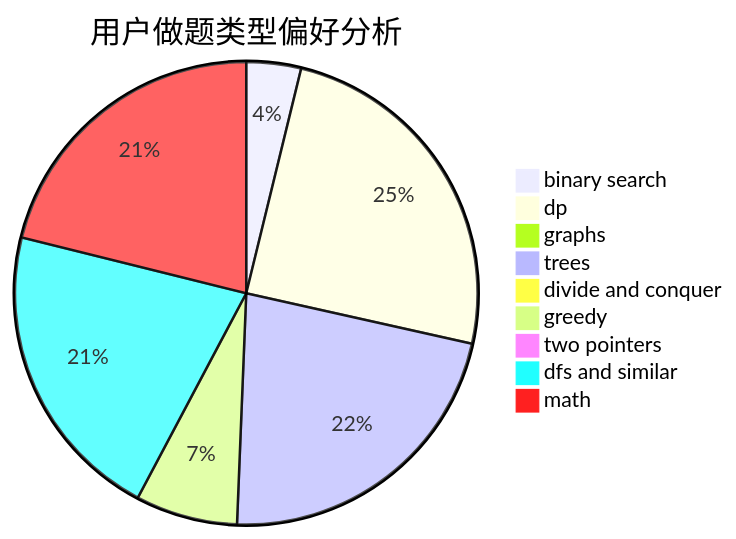
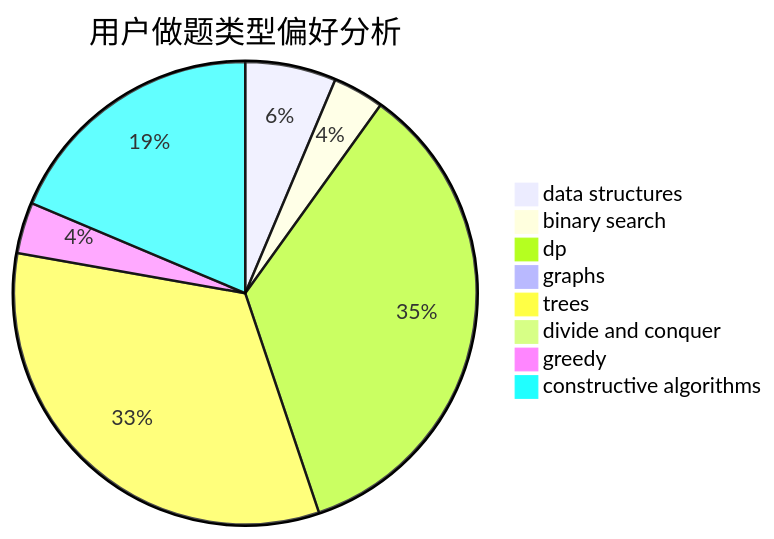
Before and after one commit to sherpahu/cfrs.github.io: the second of 3 diagrams in docs/user/u2576.md, drawn with Mermaid. The commit also changed other lines of this file and 2775 other files, not shown here.

````diff
--- a/docs/user/u2576.md
+++ b/docs/user/u2576.md
@@ -23,12 +23,11 @@
 ```mermaid
 pie title 用户做题类型偏好分析
-    "binary search" :  15
-    "dp" :  97
+    "data structures" :  16
+    "binary search" :  9
+    "dp" :  88
     "graphs" :  0
-    "trees" :  87
+    "trees" :  83
     "divide and conquer" :  0
-    "greedy" :  28
-    "two pointers" :  1
-    "dfs and similar" :  83
-    "math" :  83
+    "greedy" :  9
+    "constructive algorithms" :  47
 ```
````
